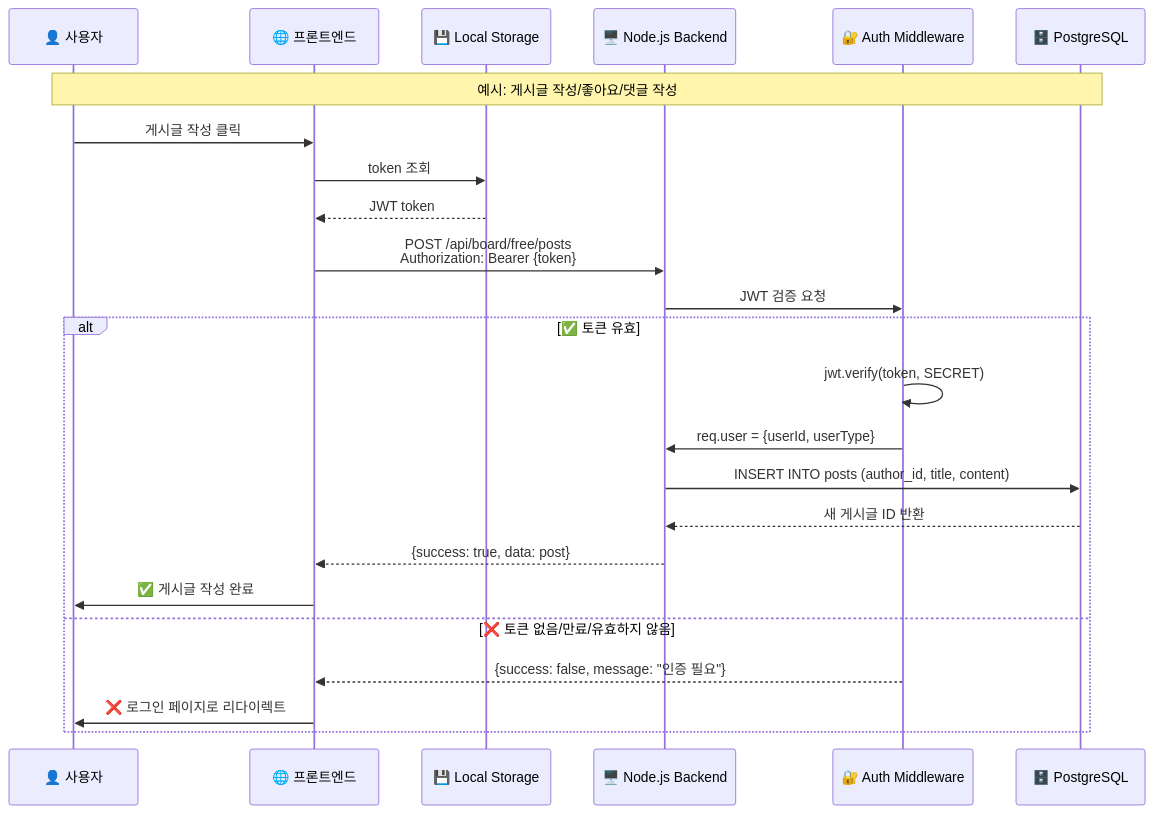
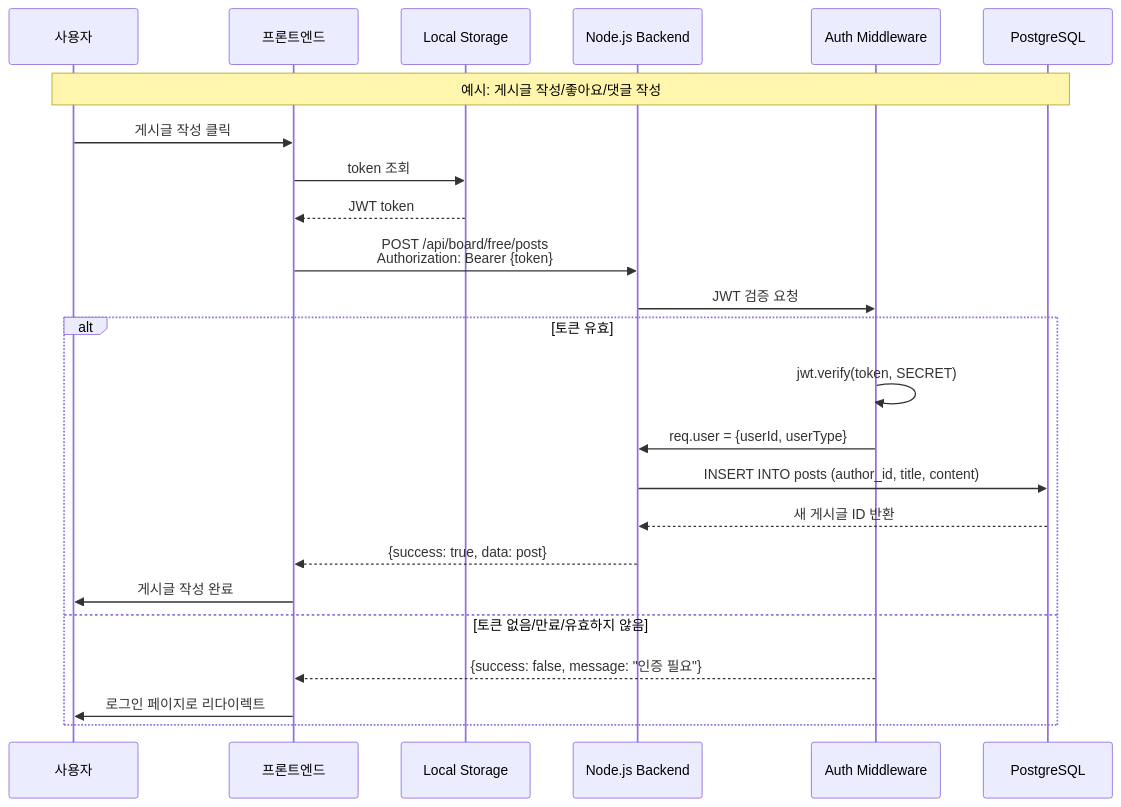
The ninth of 12 diagrams in Architecture.md (kyoe-23/DeepLearning_project), drawn with Mermaid before and after one commit. The commit also changed other lines of this file, not shown here.

````diff
--- a/Architecture.md
+++ b/Architecture.md
@@ -523,29 +523,29 @@
 ```mermaid
 sequenceDiagram
-    participant User as 👤 사용자
-    participant FE as 🌐 프론트엔드
-    participant LS as 💾 Local Storage
-    participant BE as 🖥️ Node.js Backend
-    participant MW as 🔐 Auth Middleware
-    participant DB as 🗄️ PostgreSQL
+    participant User as 사용자
+    participant FE as 프론트엔드
+    participant LS as Local Storage
+    participant BE as Node.js Backend
+    participant MW as Auth Middleware
+    participant DB as PostgreSQL
 
     Note over User,DB: 예시: 게시글 작성/좋아요/댓글 작성
 
     User->>FE: 게시글 작성 클릭
     FE->>LS: token 조회
     LS-->>FE: JWT token
     FE->>BE: POST /api/board/free/posts<br/>Authorization: Bearer {token}
     BE->>MW: JWT 검증 요청
 
-    alt ✅ 토큰 유효
+    alt 토큰 유효
         MW->>MW: jwt.verify(token, SECRET)
         MW->>BE: req.user = {userId, userType}
         BE->>DB: INSERT INTO posts (author_id, title, content)
         DB-->>BE: 새 게시글 ID 반환
         BE-->>FE: {success: true, data: post}
-        FE->>User: ✅ 게시글 작성 완료
-    else ❌ 토큰 없음/만료/유효하지 않음
+        FE->>User: 게시글 작성 완료
+    else 토큰 없음/만료/유효하지 않음
         MW-->>FE: {success: false, message: "인증 필요"}
-        FE->>User: ❌ 로그인 페이지로 리다이렉트
+        FE->>User: 로그인 페이지로 리다이렉트
     end
 ```
````
